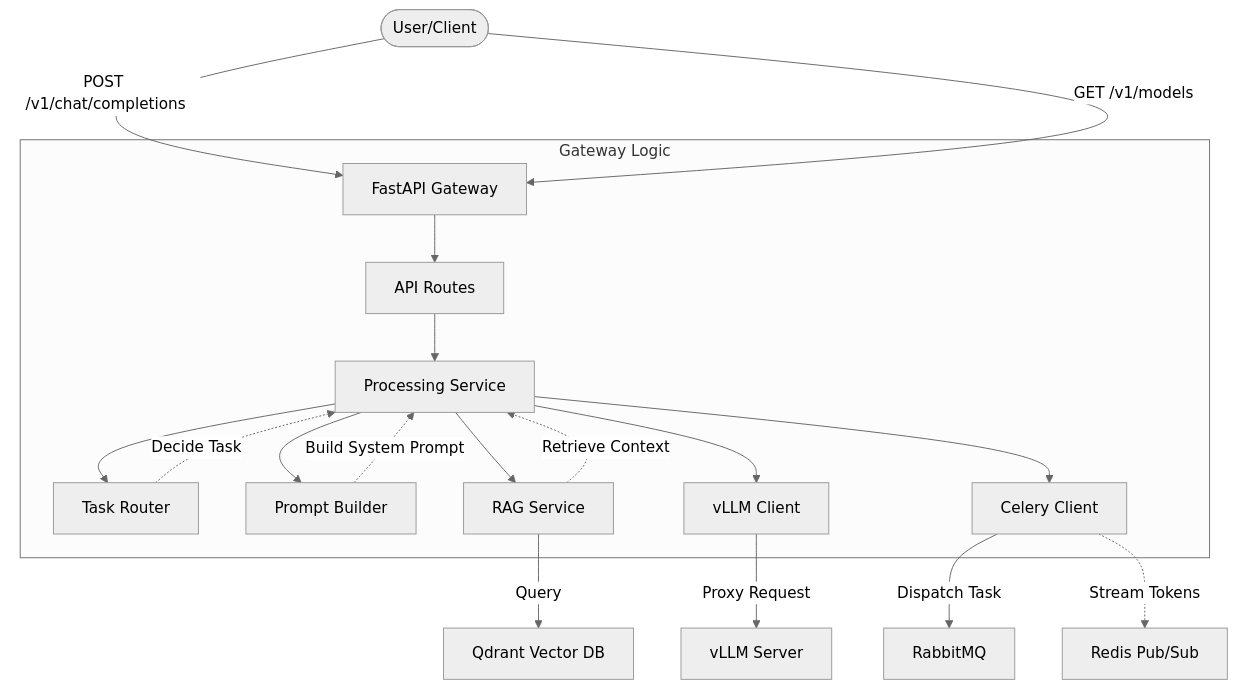
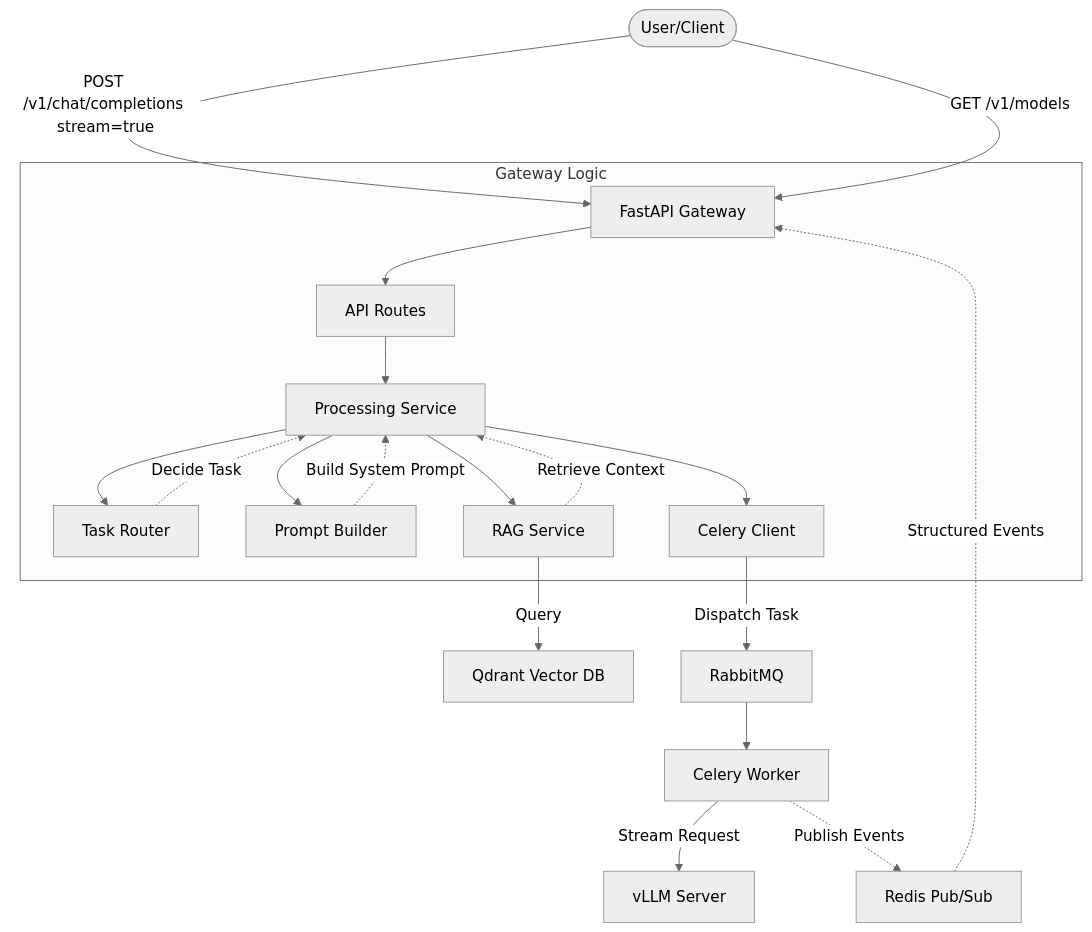
Before and after one commit to MrArizona42/agent-042: the first of 2 diagrams in src/gateway/README.md, drawn with Mermaid (neutral theme). The commit also changed other lines of this file and 7 other files, not shown here.

````diff
--- a/src/gateway/README.md
+++ b/src/gateway/README.md
@@ -9,25 +9,26 @@
 ```mermaid
 graph TD
-    User([User/Client]) -->|POST /v1/chat/completions| FastAPI[FastAPI Gateway]
+    User([User/Client]) -->|POST /v1/chat/completions stream=true| FastAPI[FastAPI Gateway]
     User -->|GET /v1/models| FastAPI
 
     subgraph Gateway [Gateway Logic]
         FastAPI --> Routes[API Routes]
         Routes --> Processing[Processing Service]
 
         Processing --> Router[Task Router]
         Processing --> PromptBuilder[Prompt Builder]
         Processing --> RAGService[RAG Service]
-        Processing --> VllmClient[vLLM Client]
         Processing --> CeleryClient[Celery Client]
 
         Router -.->|Decide Task| Processing
         PromptBuilder -.->|Build System Prompt| Processing
         RAGService -.->|Retrieve Context| Processing
     end
 
-    VllmClient -->|Proxy Request| vLLM[vLLM Server]
     RAGService -->|Query| Qdrant[Qdrant Vector DB]
     CeleryClient -->|Dispatch Task| RabbitMQ[RabbitMQ]
-    CeleryClient -.->|Stream Tokens| Redis[Redis Pub/Sub]
+    RabbitMQ --> Worker[Celery Worker]
+    Worker -->|Stream Request| vLLM[vLLM Server]
+    Worker -.->|Publish Events| Redis[Redis Pub/Sub]
+    Redis -.->|Structured Events| FastAPI
 ```
````
